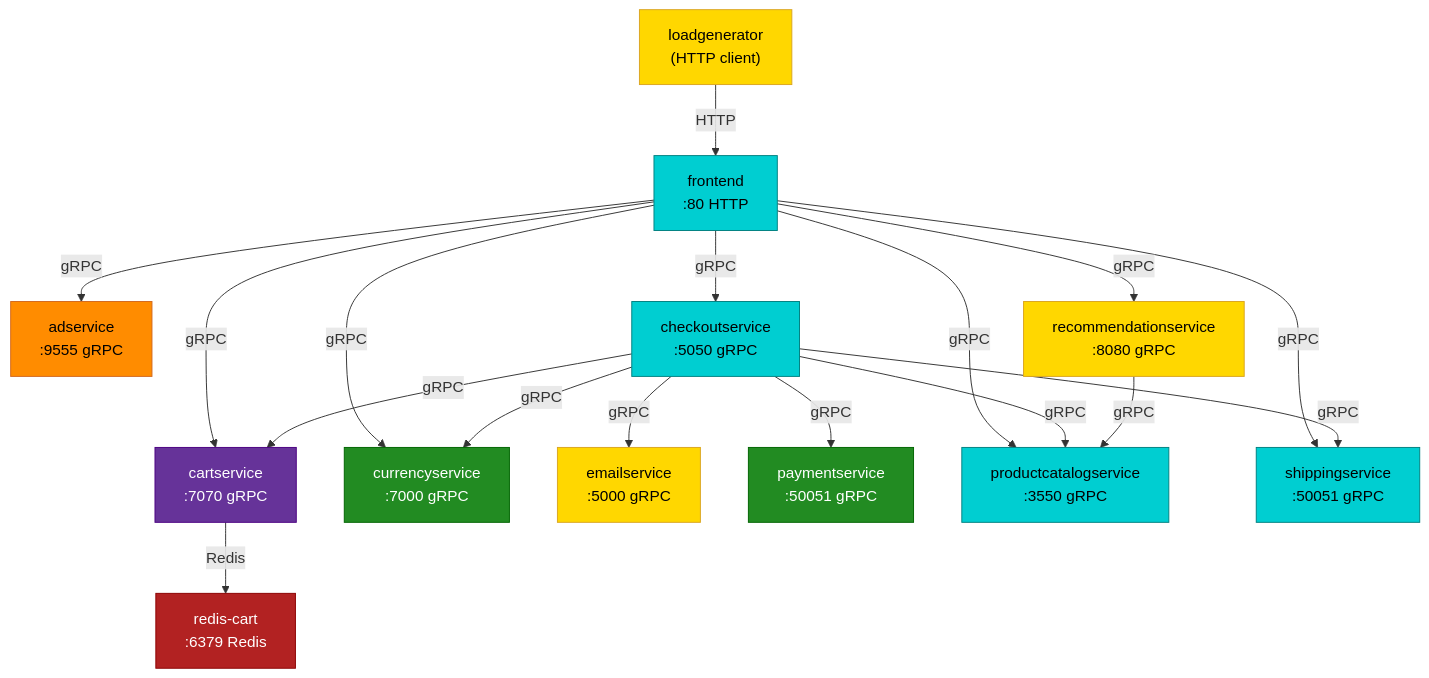
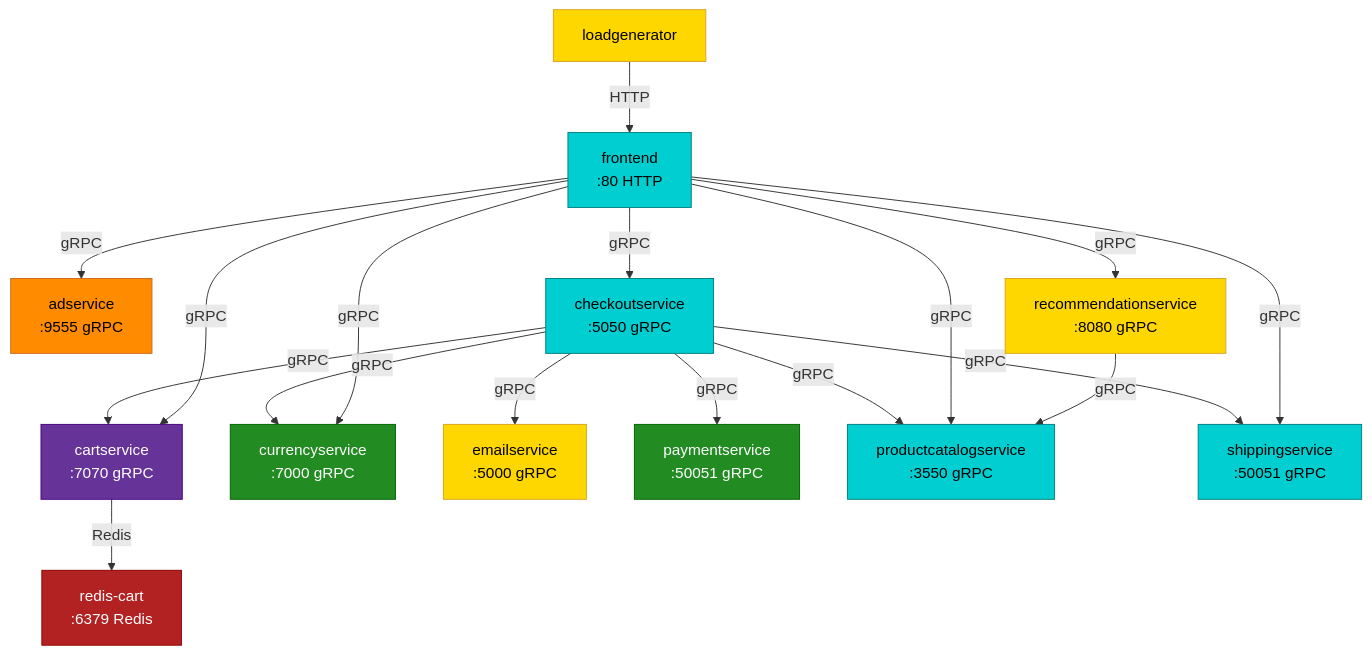
The diagram in examples/store-demo/ARCHITECTURE.md (open-telemetry/opentelemetry-ebpf-instrumentation), drawn with Mermaid before and after one commit. The commit also changed other lines of this file and 4 other files, not shown here.

Commit message:
Add fix architecture with --check flag for CI

````diff
--- a/examples/store-demo/ARCHITECTURE.md
+++ b/examples/store-demo/ARCHITECTURE.md
@@ -15,50 +19,46 @@
 ```mermaid
 graph TD
-    loadgenerator["loadgenerator<br/>(HTTP client)"]
-    frontend["frontend<br/>:80 HTTP"]
     adservice["adservice<br/>:9555 gRPC"]
     cartservice["cartservice<br/>:7070 gRPC"]
     checkoutservice["checkoutservice<br/>:5050 gRPC"]
     currencyservice["currencyservice<br/>:7000 gRPC"]
     emailservice["emailservice<br/>:5000 gRPC"]
+    frontend["frontend<br/>:80 HTTP"]
+    loadgenerator["loadgenerator"]
     paymentservice["paymentservice<br/>:50051 gRPC"]
     productcatalogservice["productcatalogservice<br/>:3550 gRPC"]
     recommendationservice["recommendationservice<br/>:8080 gRPC"]
+    redis_cart["redis-cart<br/>:6379 Redis"]
     shippingservice["shippingservice<br/>:50051 gRPC"]
-    redis["redis-cart<br/>:6379 Redis"]
 
-    loadgenerator -->|HTTP| frontend
-
+    cartservice -->|Redis| redis_cart
+    checkoutservice -->|gRPC| cartservice
+    checkoutservice -->|gRPC| currencyservice
+    checkoutservice -->|gRPC| emailservice
+    checkoutservice -->|gRPC| paymentservice
+    checkoutservice -->|gRPC| productcatalogservice
+    checkoutservice -->|gRPC| shippingservice
     frontend -->|gRPC| adservice
     frontend -->|gRPC| cartservice
     frontend -->|gRPC| checkoutservice
     frontend -->|gRPC| currencyservice
     frontend -->|gRPC| productcatalogservice
     frontend -->|gRPC| recommendationservice
     frontend -->|gRPC| shippingservice
-
-    checkoutservice -->|gRPC| productcatalogservice
-    checkoutservice -->|gRPC| shippingservice
-    checkoutservice -->|gRPC| paymentservice
-    checkoutservice -->|gRPC| emailservice
-    checkoutservice -->|gRPC| currencyservice
-    checkoutservice -->|gRPC| cartservice
-
+    loadgenerator -->|HTTP| frontend
     recommendationservice -->|gRPC| productcatalogservice
-
-    cartservice -->|Redis| redis
 
     classDef go fill:darkturquoise,stroke:teal,color:black;
     classDef python fill:gold,stroke:goldenrod,color:black;
     classDef nodejs fill:forestgreen,stroke:darkgreen,color:white;
     classDef dotnet fill:rebeccapurple,stroke:indigo,color:white;
     classDef java fill:darkorange,stroke:chocolate,color:black;
     classDef datastore fill:firebrick,stroke:darkred,color:white;
 
     class checkoutservice,frontend,productcatalogservice,shippingservice go;
     class emailservice,loadgenerator,recommendationservice python;
     class currencyservice,paymentservice nodejs;
     class cartservice dotnet;
     class adservice java;
-    class redis datastore;
+    class redis_cart datastore;
 ```
````
